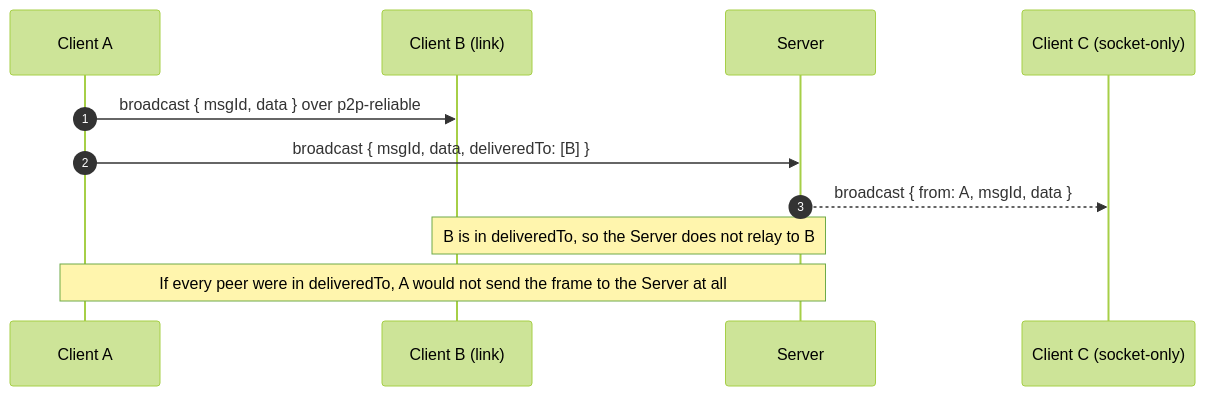
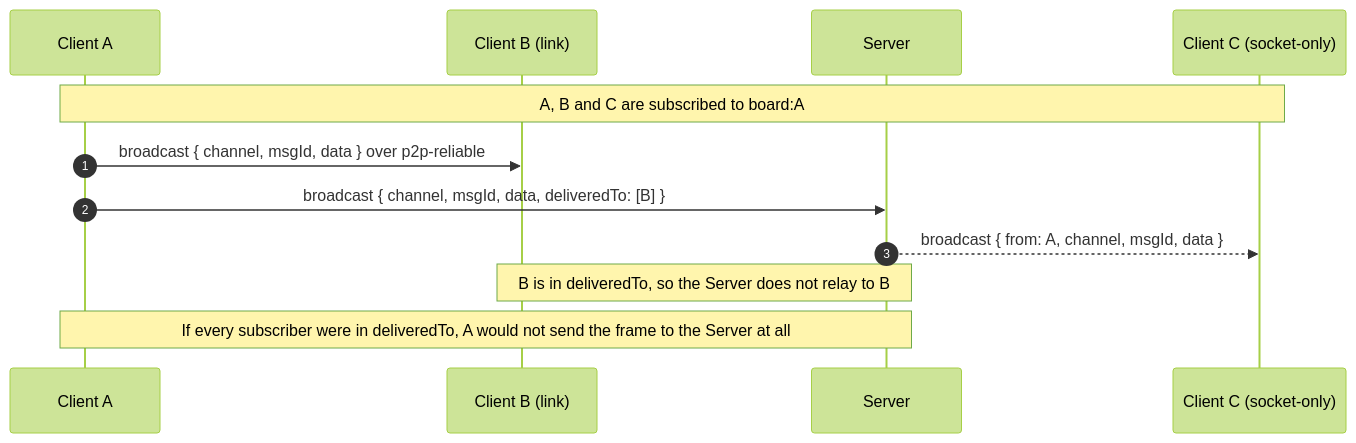
The sixth of 8 diagrams in docs/1-concepts/architecture.md (fullstackedorg/p2p), drawn with Mermaid (forest theme) before and after one commit. The commit also changed other lines of this file and 62 other files, not shown here.

````diff
--- a/docs/1-concepts/architecture.md
+++ b/docs/1-concepts/architecture.md
@@ -162,14 +166,15 @@
 ```mermaid
 sequenceDiagram
     autonumber
     participant A as Client A
     participant B as Client B (link)
     participant S as Server
     participant C as Client C (socket-only)
 
-    A->>B: broadcast { msgId, data } over p2p-reliable
-    A->>S: broadcast { msgId, data, deliveredTo: [B] }
-    S-->>C: broadcast { from: A, msgId, data }
+    Note over A,C: A, B and C are subscribed to board:A
+    A->>B: broadcast { channel, msgId, data } over p2p-reliable
+    A->>S: broadcast { channel, msgId, data, deliveredTo: [B] }
+    S-->>C: broadcast { from: A, channel, msgId, data }
     Note over S,B: B is in deliveredTo, so the Server does not relay to B
-    Note over A,S: If every peer were in deliveredTo, A would not send the frame to the Server at all
+    Note over A,S: If every subscriber were in deliveredTo, A would not send the frame to the Server at all
 ```
````
